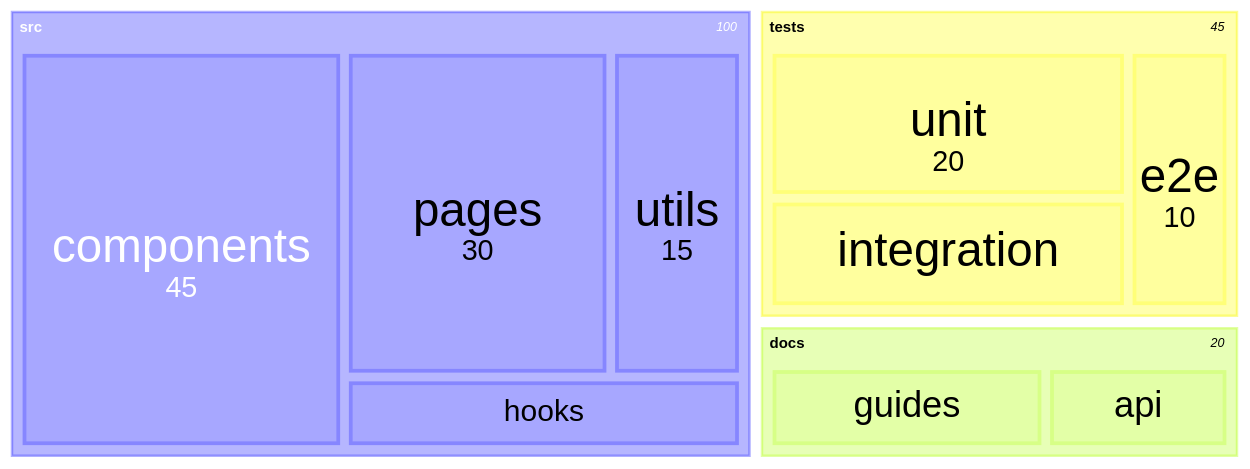
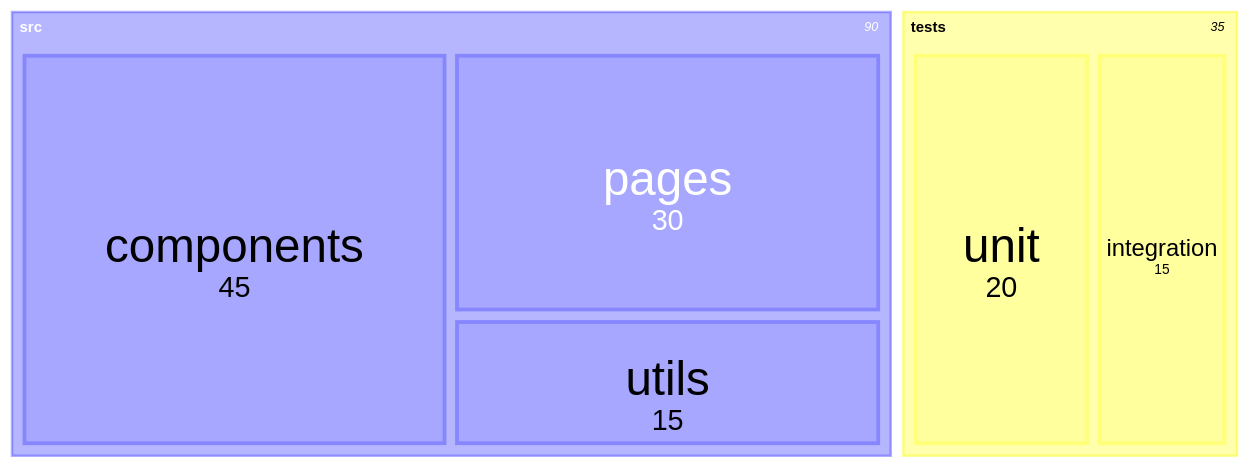
Before and after one commit to marcusquinn/aidevops: the seventh of 9 diagrams in .agents/tools/diagrams/mermaid-diagrams-skill/data-charts.md, drawn with Mermaid. The commit also changed other lines of this file, not shown here.

Commit message:
docs: tighten Data Charts & Timelines doc (209 -> 155 lines, -26%) (#11602)

````diff
--- a/.agents/tools/diagrams/mermaid-diagrams-skill/data-charts.md
+++ b/.agents/tools/diagrams/mermaid-diagrams-skill/data-charts.md
@@ -151,18 +112,11 @@
 ```mermaid
 treemap-beta
 
 "src"
     "components": 45
     "pages": 30
     "utils": 15
-    "hooks": 10
-
 "tests"
     "unit": 20
     "integration": 15
-    "e2e": 10
-
-"docs"
-    "api": 8
-    "guides": 12
 ```
````
